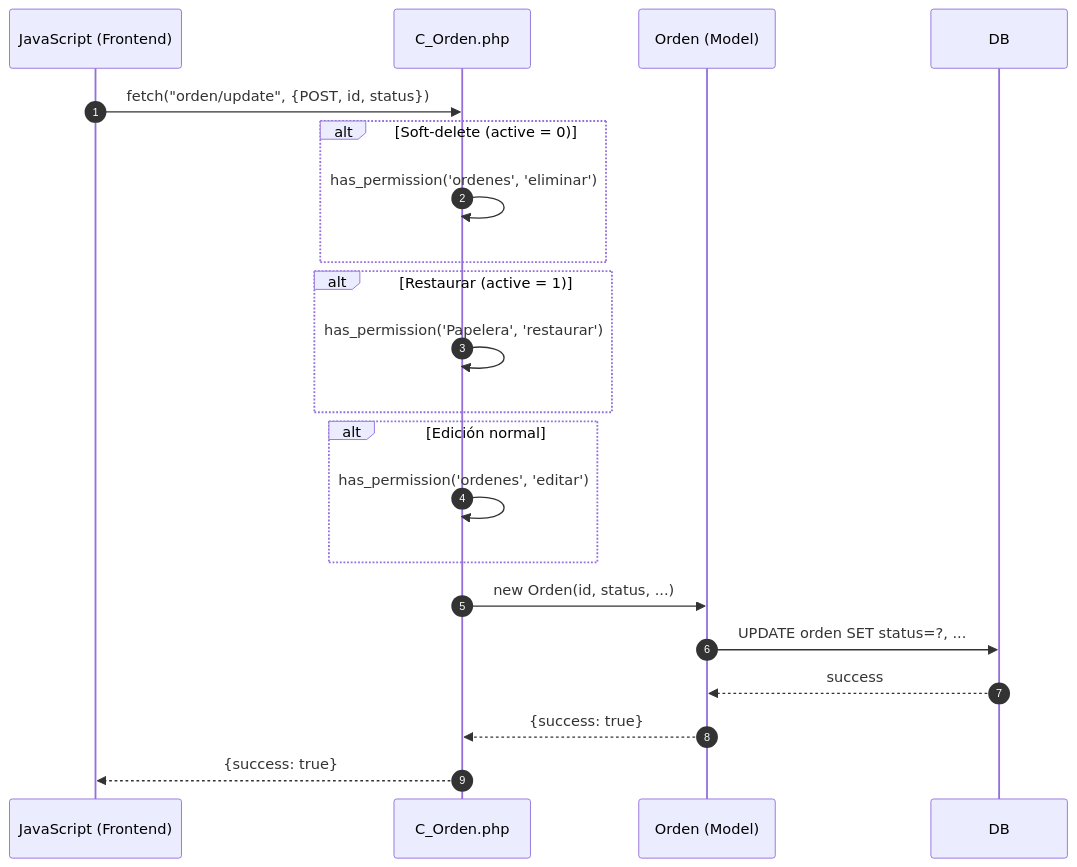
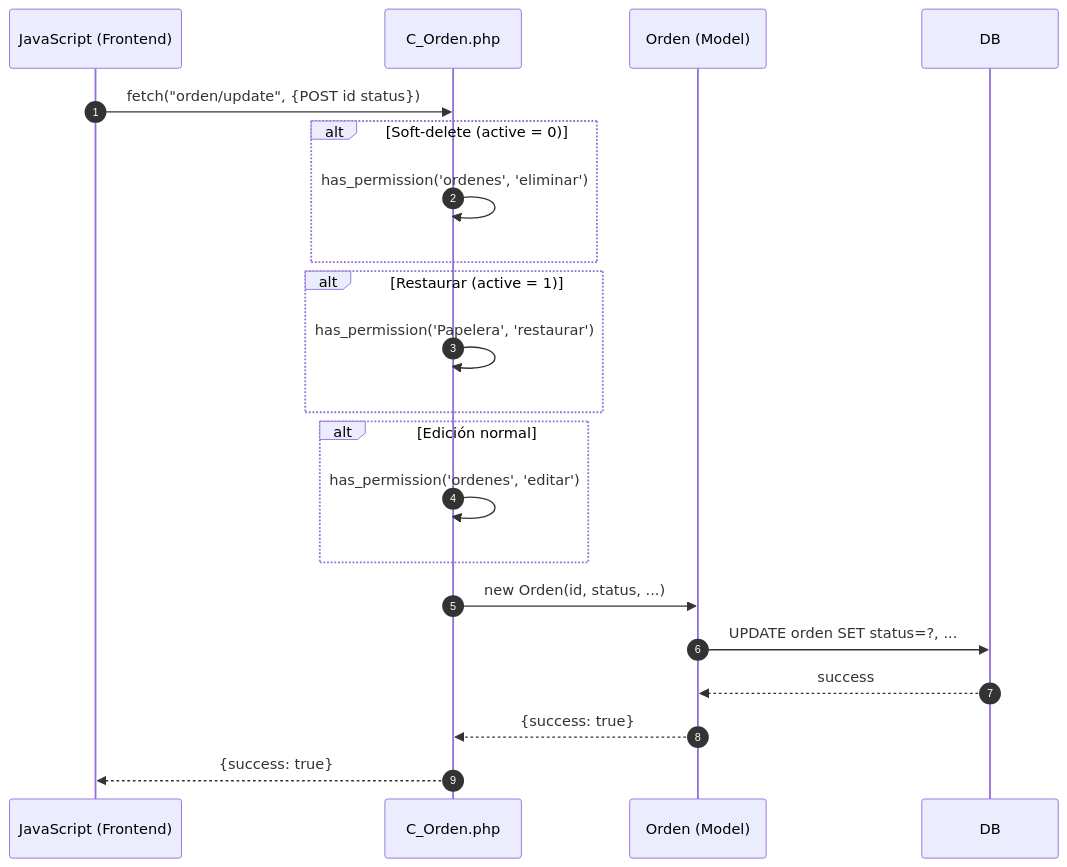
Before and after one commit to Tecrato/BurgerHouse: the fourth of 6 diagrams in docs/secuencia/ordenes/agregar_orden.md, drawn with Mermaid. The commit also changed other lines of this file and 13 other files, not shown here.

Commit message:
diagramas de secuencia

````diff
--- a/docs/secuencia/ordenes/agregar_orden.md
+++ b/docs/secuencia/ordenes/agregar_orden.md
@@ -155,28 +155,28 @@
 ```mermaid
 sequenceDiagram
     autonumber
     participant JS as JavaScript (Frontend)
     participant C_Orden as C_Orden.php
     participant Orden as Orden (Model)
     
-    JS->>C_Orden: fetch("orden/update", {POST, id, status})
+    JS->>C_Orden: fetch("orden/update", {POST id status})
     
     alt Soft-delete (active = 0)
         C_Orden->>C_Orden: has_permission('ordenes', 'eliminar')
     end
     
     alt Restaurar (active = 1)
         C_Orden->>C_Orden: has_permission('Papelera', 'restaurar')
     end
     
     alt Edición normal
         C_Orden->>C_Orden: has_permission('ordenes', 'editar')
     end
     
     C_Orden->>Orden: new Orden(id, status, ...)
     Orden->>DB: UPDATE orden SET status=?, ...
     DB-->>Orden: success
     Orden-->>C_Orden: {success: true}
     
     C_Orden-->>JS: {success: true}
 ```
````
